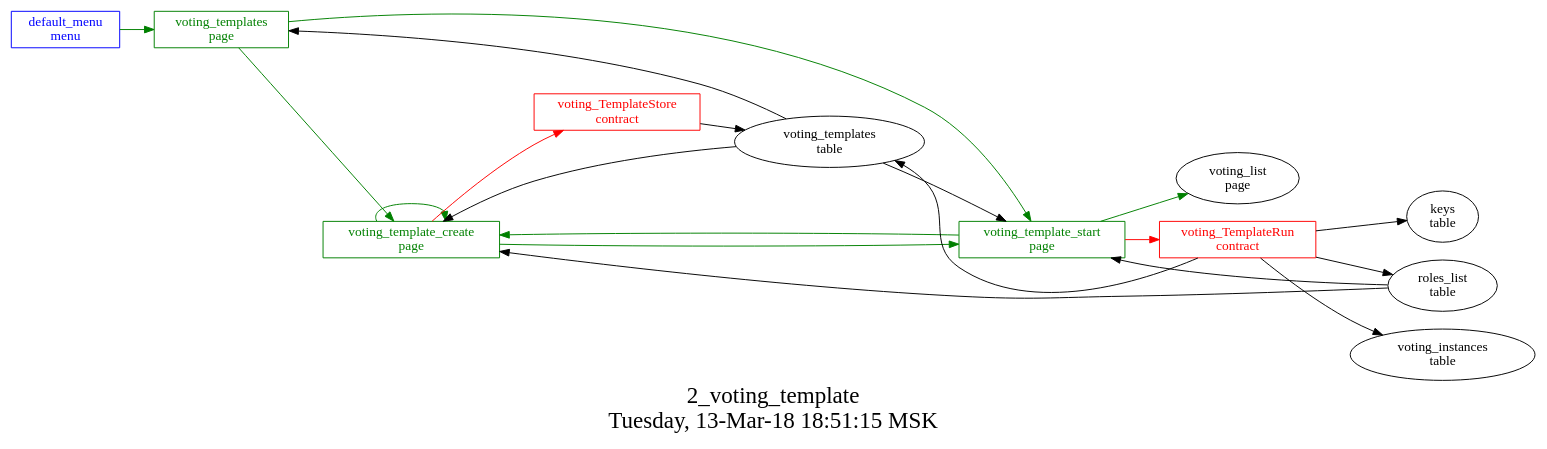
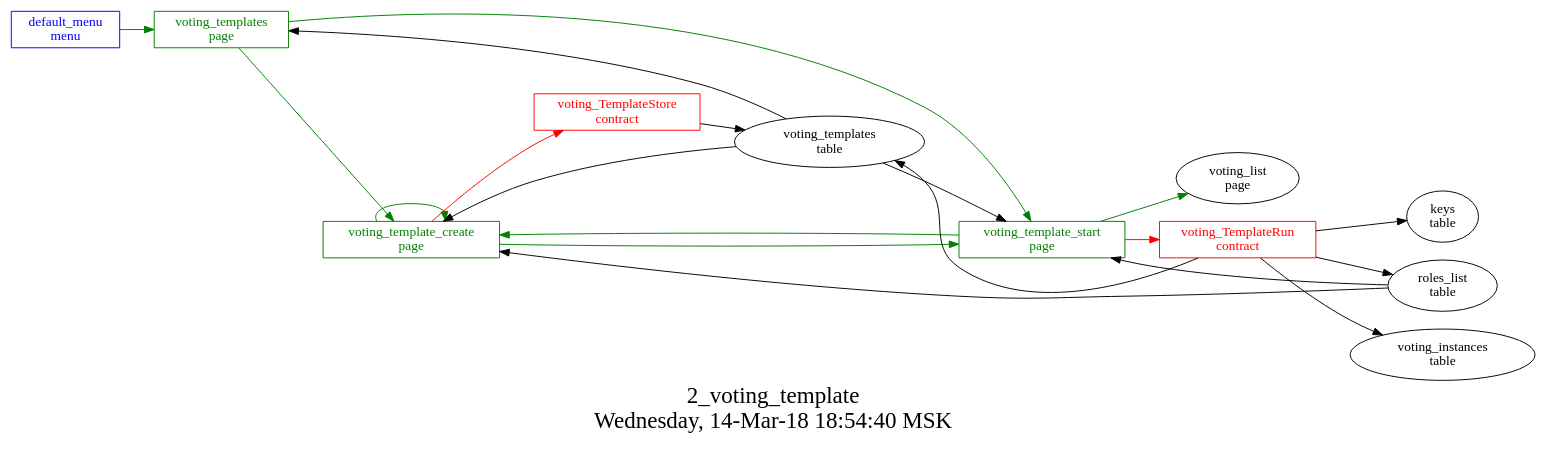
Before and after one commit to AplaProject/apps: the diagram in src/basic/basic_main/2_voting_templates/struct.dot, drawn with Graphviz. The commit also changed 20 other files, not shown here.

Commit message:
fixed voting for validator from template

```diff
--- a/src/basic/basic_main/2_voting_templates/struct.dot
+++ b/src/basic/basic_main/2_voting_templates/struct.dot
@@ -1,36 +1,36 @@
 digraph G {
 graph [
   fontsize="24";
-  label="2_voting_template\nTuesday, 13-Mar-18 18:51:15 MSK";
+  label="2_voting_template\nWednesday, 14-Mar-18 18:54:40 MSK";
   nojustify=true;
   ordering=out;
   rankdir=LR;
   size="30";
 ];
 "default_menu\nmenu" -> "voting_templates\npage"  [ color=green ]
 "default_menu\nmenu" [color=blue, fontcolor=blue, group=menus, shape=record];
 "voting_template_create\npage" -> "voting_TemplateStore\ncontract"  [ color=red ]
 "voting_templates\ntable" -> "voting_template_create\npage"  [ color="" ]
 "roles_list\ntable" -> "voting_template_create\npage"  [ color="" ]
+"voting_template_create\npage" -> "voting_template_create\npage"  [ color=green ]
 "voting_template_create\npage" -> "voting_template_start\npage"  [ color=green ]
-"voting_template_create\npage" -> "voting_template_create\npage"  [ color=green ]
 "voting_template_create\npage" [color=green, fontcolor=green, group=pages, shape=record];
 "voting_template_start\npage" -> "voting_TemplateRun\ncontract"  [ color=red ]
 "voting_templates\ntable" -> "voting_template_start\npage"  [ color="" ]
 "roles_list\ntable" -> "voting_template_start\npage"  [ color="" ]
 "voting_template_start\npage" -> "voting_template_create\npage"  [ color=green ]
 "voting_template_start\npage" -> "voting_list\npage"  [ color=green ]
 "voting_template_start\npage" [color=green, fontcolor=green, group=pages, shape=record];
 "voting_templates\ntable" -> "voting_templates\npage"  [ color="" ]
 "voting_templates\npage" -> "voting_template_start\npage"  [ color=green ]
 "voting_templates\npage" -> "voting_template_create\npage"  [ color=green ]
 "voting_templates\npage" [color=green, fontcolor=green, group=pages, shape=record];
 "voting_TemplateRun\ncontract" -> "voting_templates\ntable"  [ color="" ]
 "voting_TemplateRun\ncontract" -> "keys\ntable"  [ color="" ]
 "voting_TemplateRun\ncontract" -> "roles_list\ntable"  [ color="" ]
 "voting_TemplateRun\ncontract" -> "voting_instances\ntable"  [ color="" ]
 "voting_TemplateRun\ncontract" [color=red, fontcolor=red, group=contracts, shape=record];
 "voting_TemplateStore\ncontract" -> "voting_templates\ntable"  [ color="" ]
 "voting_TemplateStore\ncontract" [color=red, fontcolor=red, group=contracts, shape=record];
 "voting_templates\ntable" [color="", fontcolor="", group=tables, shape=""];
 }
```
